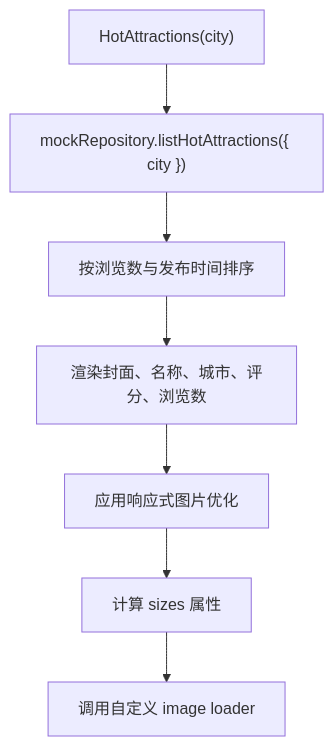
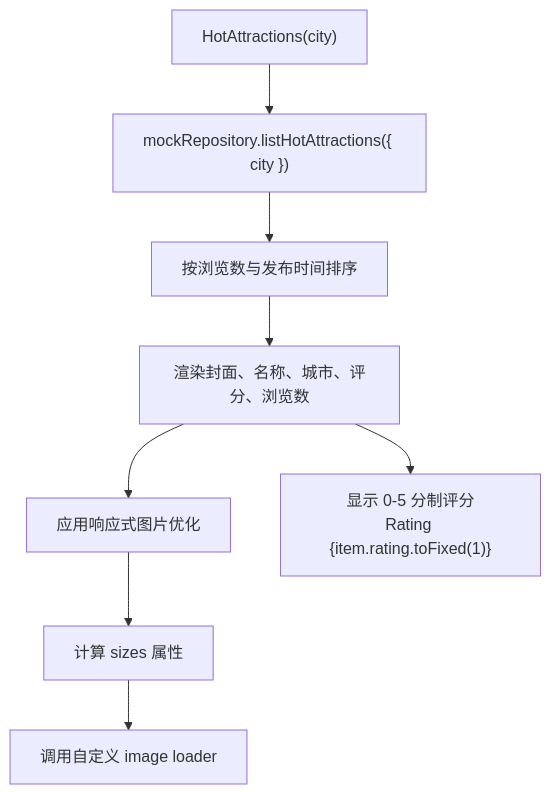
One commit to luyitiger6/my-first-project changed diagram 12 of 14 in .qoder/repowiki/zh/content/规格驱动开发/WanderChain 首页规格文档/WanderChain 首页规格文档.md. Above: the diagram before and after it, drawn with Mermaid. The commit also changed other lines of this file and 33 other files, not shown here.

````diff
--- a/.qoder/repowiki/zh/content/规格驱动开发/WanderChain 首页规格文档/WanderChain 首页规格文档.md
+++ b/.qoder/repowiki/zh/content/规格驱动开发/WanderChain 首页规格文档/WanderChain 首页规格文档.md
@@ -464,9 +476,10 @@
 ```mermaid
 flowchart TD
 Start["HotAttractions(city)"] --> Fetch["mockRepository.listHotAttractions({ city })"]
 Fetch --> Sort["按浏览数与发布时间排序"]
 Sort --> Render["渲染封面、名称、城市、评分、浏览数"]
 Render --> ImageOpt["应用响应式图片优化"]
 ImageOpt --> Sizes["计算 sizes 属性"]
 Sizes --> Loader["调用自定义 image loader"]
+Render --> RatingDisplay["显示 0-5 分制评分<br/>Rating {item.rating.toFixed(1)}"]
 ```
````
